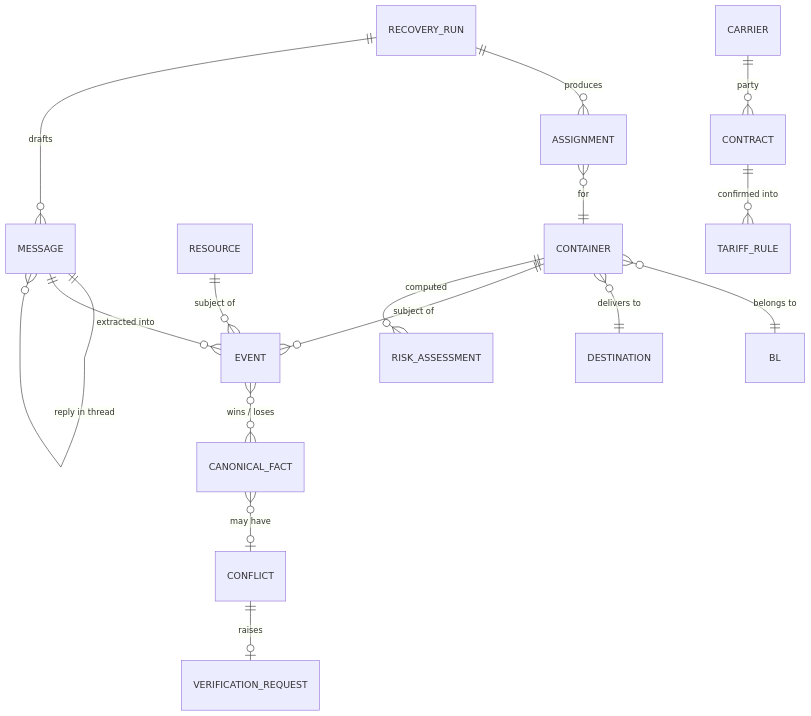
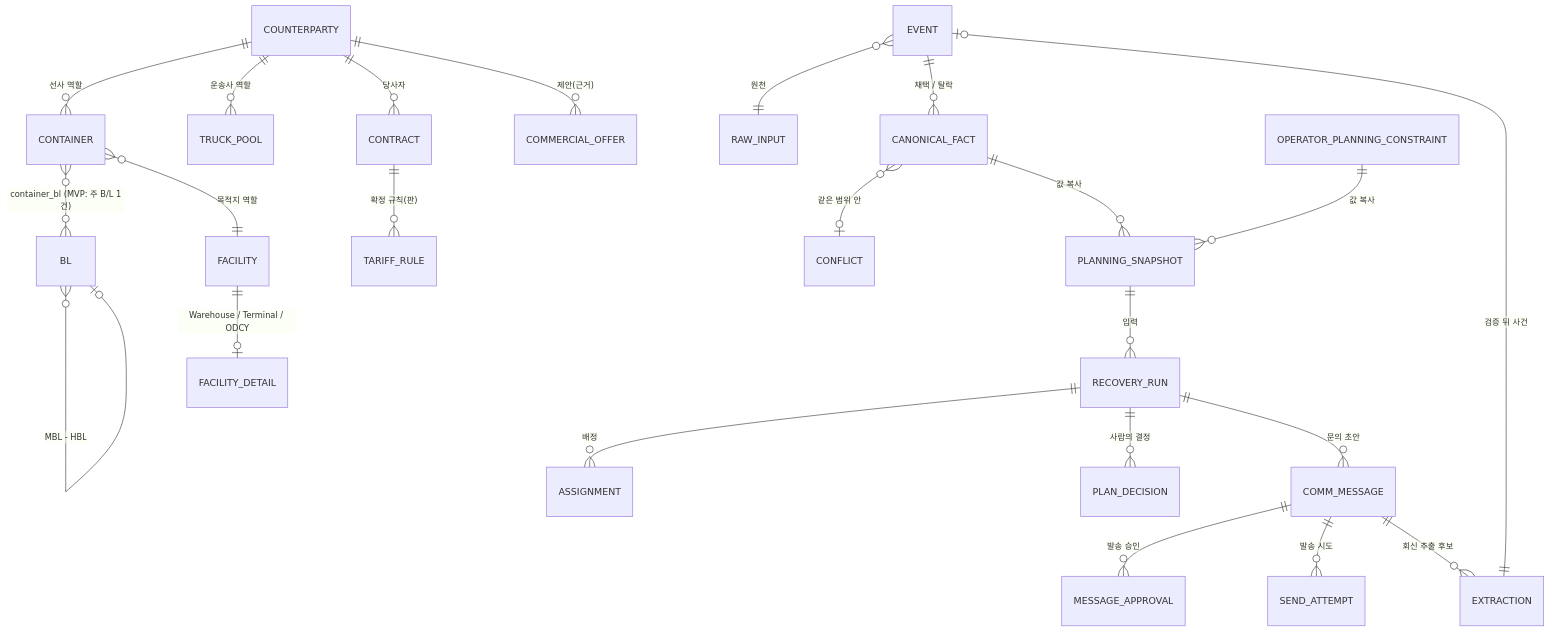
Before and after one commit to dong3114/container-exception: the diagram in docs/04_domain-model.md, drawn with Mermaid. The commit also changed other lines of this file and 18 other files, not shown here.

````diff
--- a/docs/04_domain-model.md
+++ b/docs/04_domain-model.md
@@ -14,18 +16,25 @@
 ```mermaid
 erDiagram
-  CONTAINER }o--|| BL : "belongs to"
-  CONTAINER }o--|| DESTINATION : "delivers to"
-  CONTAINER ||--o{ EVENT : "subject of"
-  RESOURCE ||--o{ EVENT : "subject of"
-  CONTRACT ||--o{ TARIFF_RULE : "confirmed into"
-  CARRIER ||--o{ CONTRACT : "party"
-  EVENT }o--o{ CANONICAL_FACT : "wins / loses"
-  CANONICAL_FACT }o--o| CONFLICT : "may have"
-  CONFLICT ||--o| VERIFICATION_REQUEST : "raises"
-  CONTAINER ||--o{ RISK_ASSESSMENT : "computed"
-  RECOVERY_RUN ||--o{ ASSIGNMENT : produces
-  ASSIGNMENT }o--|| CONTAINER : "for"
-  RECOVERY_RUN ||--o{ MESSAGE : "drafts"
-  MESSAGE ||--o{ MESSAGE : "reply in thread"
-  MESSAGE ||--o{ EVENT : "extracted into"
+  CONTAINER }o--o{ BL : "container_bl (MVP: 주 B/L 1건)"
+  BL }o--o| BL : "MBL - HBL"
+  CONTAINER }o--|| FACILITY : "목적지 역할"
+  COUNTERPARTY ||--o{ CONTAINER : "선사 역할"
+  FACILITY ||--o| FACILITY_DETAIL : "Warehouse / Terminal / ODCY"
+  COUNTERPARTY ||--o{ TRUCK_POOL : "운송사 역할"
+  COUNTERPARTY ||--o{ CONTRACT : "당사자"
+  CONTRACT ||--o{ TARIFF_RULE : "확정 규칙(판)"
+  COUNTERPARTY ||--o{ COMMERCIAL_OFFER : "제안(근거)"
+  EVENT }o--|| RAW_INPUT : "원천"
+  EVENT ||--o{ CANONICAL_FACT : "채택 / 탈락"
+  CANONICAL_FACT }o--o| CONFLICT : "같은 범위 안"
+  CANONICAL_FACT ||--o{ PLANNING_SNAPSHOT : "값 복사"
+  OPERATOR_PLANNING_CONSTRAINT ||--o{ PLANNING_SNAPSHOT : "값 복사"
+  PLANNING_SNAPSHOT ||--o{ RECOVERY_RUN : "입력"
+  RECOVERY_RUN ||--o{ ASSIGNMENT : "배정"
+  RECOVERY_RUN ||--o{ PLAN_DECISION : "사람의 결정"
+  RECOVERY_RUN ||--o{ COMM_MESSAGE : "문의 초안"
+  COMM_MESSAGE ||--o{ MESSAGE_APPROVAL : "발송 승인"
+  COMM_MESSAGE ||--o{ SEND_ATTEMPT : "발송 시도"
+  COMM_MESSAGE ||--o{ EXTRACTION : "회신 추출 후보"
+  EXTRACTION ||--o| EVENT : "검증 뒤 사건"
 ```
````
